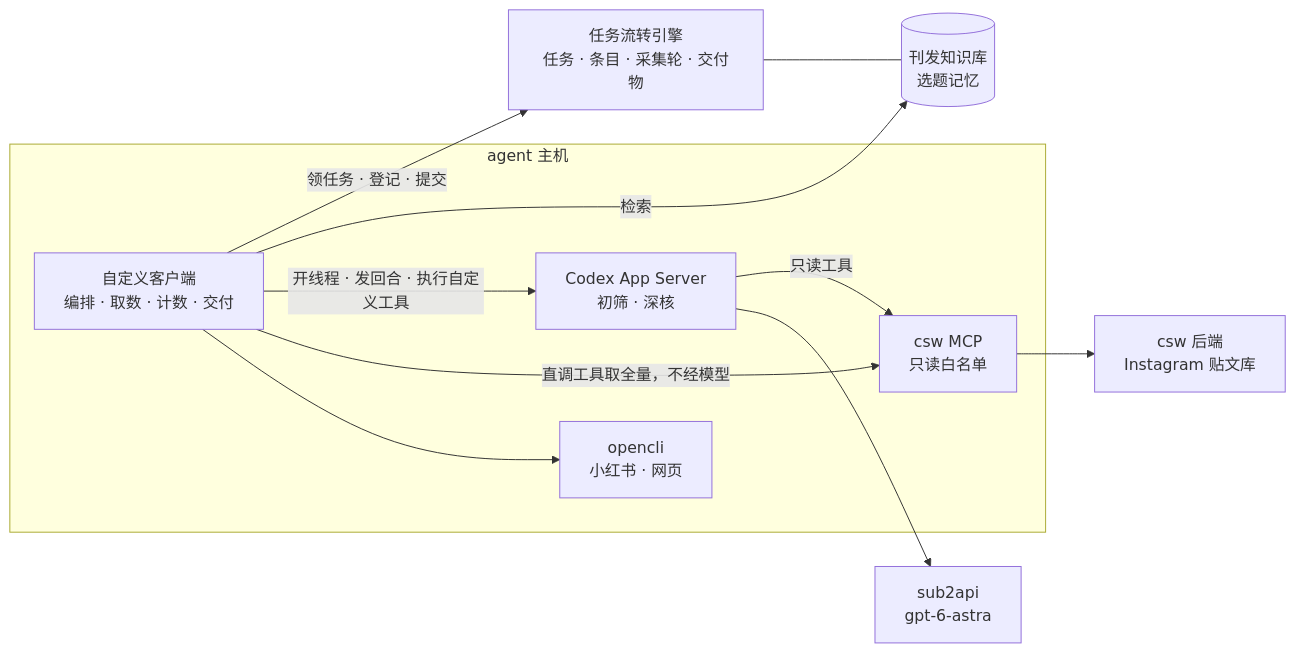
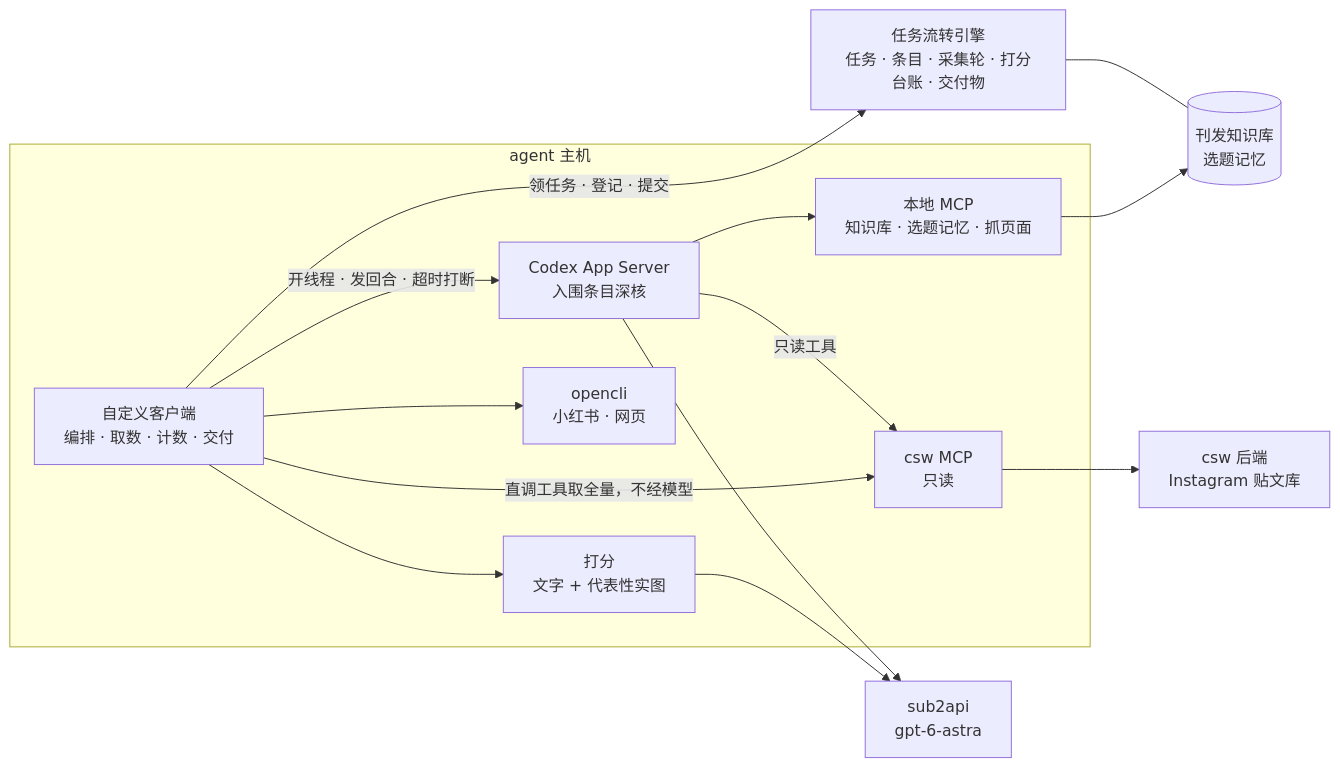
Before and after one commit to azure1489/csw-agent-team: the diagram in docs/情报收集员改造方案_概要版_20260919.md, drawn with Mermaid. The commit also changed other lines of this file and 6 other files, not shown here.

````diff
--- a/docs/情报收集员改造方案_概要版_20260919.md
+++ b/docs/情报收集员改造方案_概要版_20260919.md
@@ -78,22 +89,27 @@
 ```mermaid
 flowchart LR
   subgraph HOST["agent 主机"]
     C["自定义客户端<br/>编排 · 取数 · 计数 · 交付"]
-    X["Codex App Server<br/>初筛 · 深核"]
-    M["csw MCP<br/>只读白名单"]
+    S["打分<br/>文字 + 代表性实图"]
+    X["Codex App Server<br/>入围条目深核"]
+    T["本地 MCP<br/>知识库 · 选题记忆 · 抓页面"]
+    M["csw MCP<br/>只读"]
     O["opencli<br/>小红书 · 网页"]
   end
-  E["任务流转引擎<br/>任务 · 条目 · 采集轮 · 交付物"]
+  E["任务流转引擎<br/>任务 · 条目 · 采集轮 · 打分台账 · 交付物"]
   K[("刊发知识库<br/>选题记忆")]
   P["sub2api<br/>gpt-6-astra"]
   B["csw 后端<br/>Instagram 贴文库"]
   C -- "领任务 · 登记 · 提交" --> E
-  C -- "检索" --> K
-  C -- "开线程 · 发回合 · 执行自定义工具" --> X
   C -- "直调工具取全量，不经模型" --> M
+  C --> S
+  C -- "开线程 · 发回合 · 超时打断" --> X
+  X --> T
   X -- "只读工具" --> M
+  T --> K
+  S --> P
+  X --> P
   M --> B
-  X --> P
   C --> O
   E --- K
 ```
````
